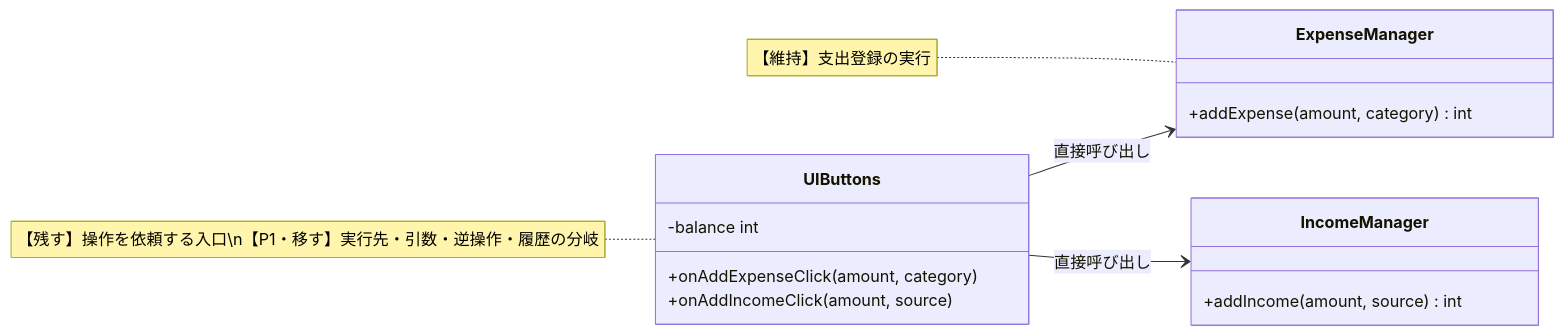
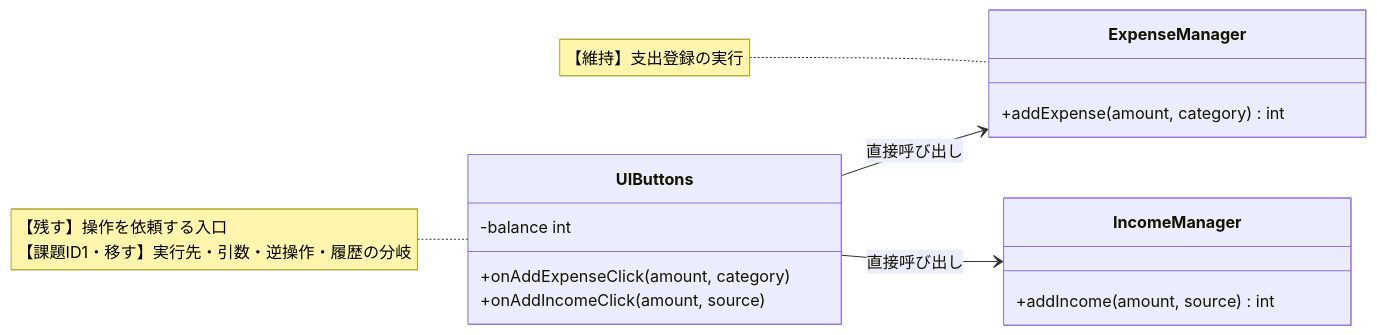
One commit to kumachan1101-pixel/DesignPattern changed diagram 12 of 18 in kindle/design-patterns/output/chapter05.md. Above: the diagram before and after it, drawn with Mermaid. The commit also changed other lines of this file and 43 other files, not shown here.

````diff
--- a/kindle/design-patterns/output/chapter05.md
+++ b/kindle/design-patterns/output/chapter05.md
@@ -1071,23 +1120,23 @@
 ```mermaid
 classDiagram
     direction LR
     class UIButtons {
         -balance int
         +onAddExpenseClick(amount, category)
         +onAddIncomeClick(amount, source)
     }
     class ExpenseManager {
         +addExpense(amount, category) int
     }
     class IncomeManager {
         +addIncome(amount, source) int
     }
     UIButtons --> ExpenseManager : 直接呼び出し
     UIButtons --> IncomeManager : 直接呼び出し
 
-    note for UIButtons "【残す】操作を依頼する入口\n【P1・移す】実行先・引数・逆操作・履歴の分岐"
+    note for UIButtons "【残す】操作を依頼する入口<br/>【課題ID1・移す】実行先・引数・逆操作・履歴の分岐"
     note for ExpenseManager "【維持】支出登録の実行"
 
     classDef focus fill:#FFF2CC,stroke:#D6B656,stroke-width:2px,color:#222222
     cssClass "UIButtons" focus
 ```
````
